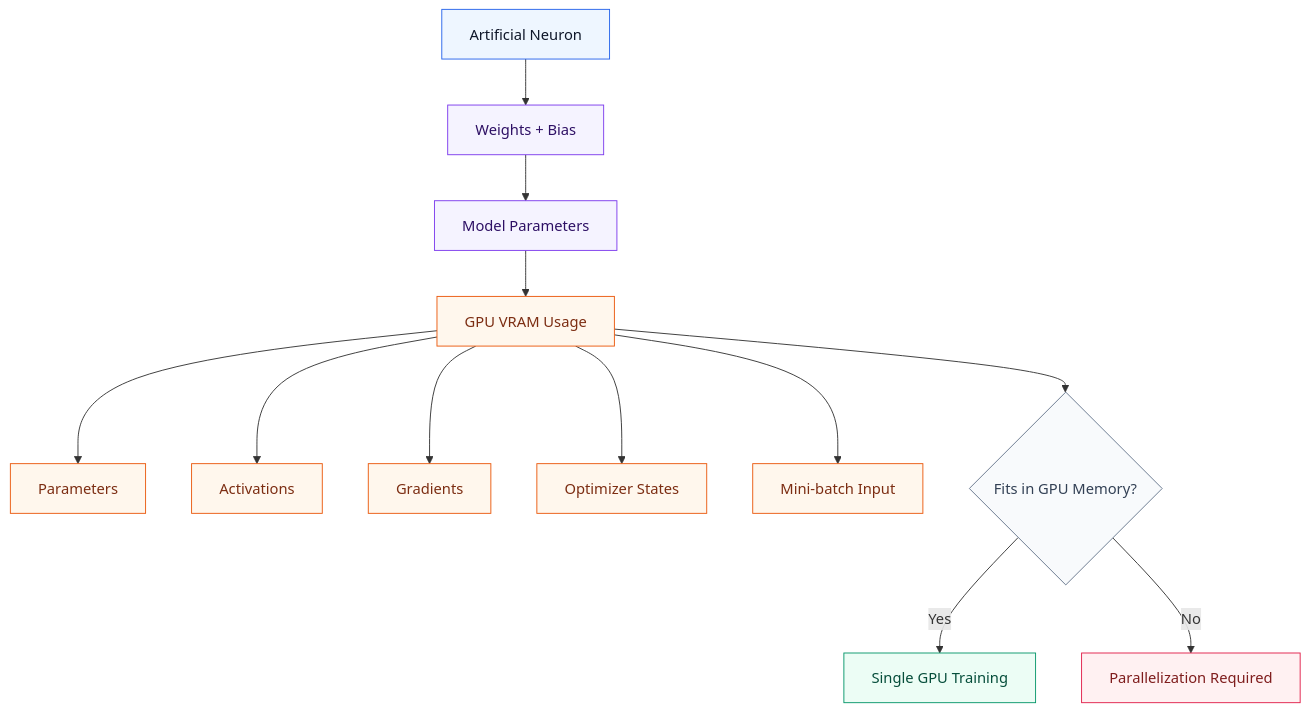
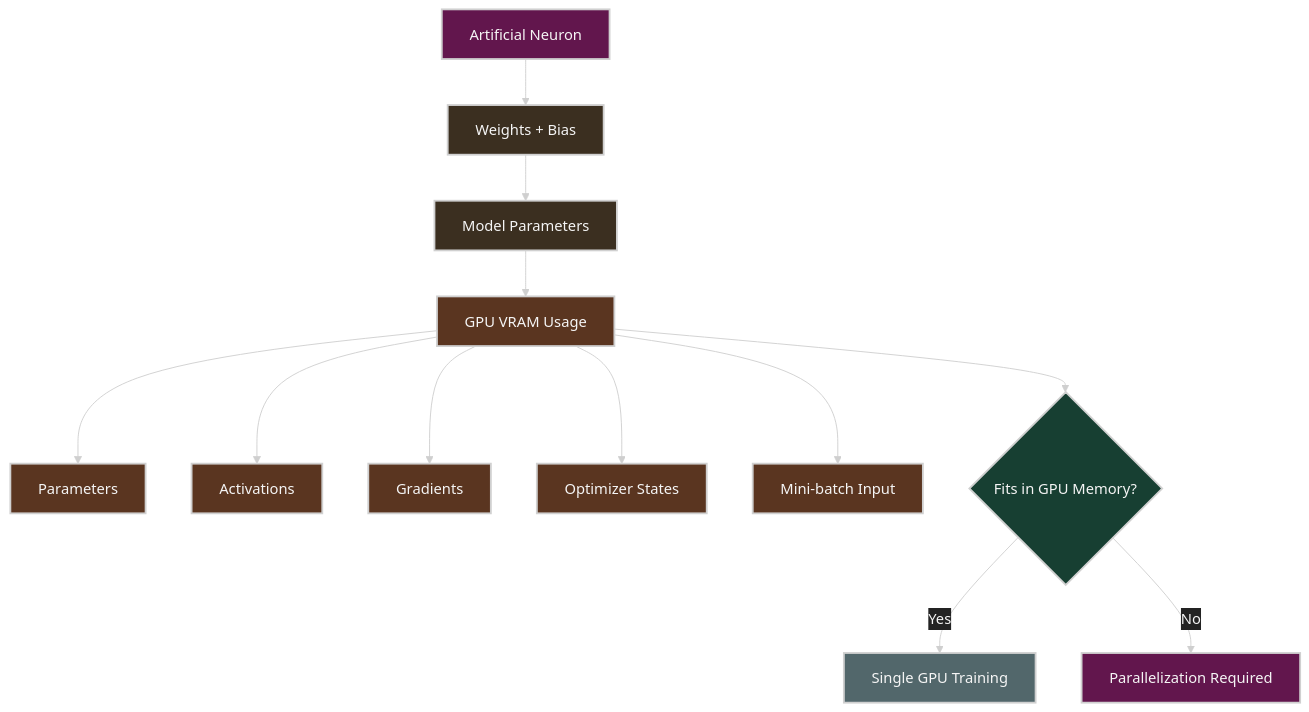
The third of 12 diagrams in deep-learning-for-network-engineers/week01/README.md (ziwon/ai-data-center-network), drawn with Mermaid before and after one commit. The commit also changed other lines of this file and 35 other files, not shown here.

Commit message:
docs(mermaid): apply dark diagram style

````diff
--- a/deep-learning-for-network-engineers/week01/README.md
+++ b/deep-learning-for-network-engineers/week01/README.md
@@ -124,23 +126,24 @@
 ```mermaid
+%%{init: {"theme": "base", "themeVariables": {"background": "#171717", "primaryColor": "#232323", "primaryTextColor": "#f5f5f5", "primaryBorderColor": "#d0d0d0", "lineColor": "#cfcfcf", "fontFamily": "Inter, Arial, sans-serif"}}}%%
 flowchart TB
-    classDef neuron fill:#eef6ff,stroke:#2563eb,color:#0f172a
-    classDef param fill:#f5f3ff,stroke:#7c3aed,color:#2e1065
-    classDef memory fill:#fff7ed,stroke:#ea580c,color:#7c2d12
-    classDef decision fill:#f8fafc,stroke:#64748b,color:#334155
-    classDef compute fill:#ecfdf5,stroke:#059669,color:#064e3b
-    classDef risk fill:#fff1f2,stroke:#e11d48,color:#7f1d1d
+    classDef neuron fill:#62164d,stroke:#d0d0d0,color:#f5f5f5,stroke-width:2px;
+    classDef param fill:#3b2f20,stroke:#d0d0d0,color:#f5f5f5,stroke-width:2px;
+    classDef memory fill:#5a3520,stroke:#d0d0d0,color:#f5f5f5,stroke-width:2px;
+    classDef decision fill:#173f32,stroke:#d0d0d0,color:#f5f5f5,stroke-width:2px;
+    classDef compute fill:#52676b,stroke:#d0d0d0,color:#f5f5f5,stroke-width:2px;
+    classDef risk fill:#62164d,stroke:#d0d0d0,color:#f5f5f5,stroke-width:2px;
 
     A[Artificial Neuron]:::neuron --> B[Weights + Bias]:::param
     B --> C[Model Parameters]:::param
     C --> D[GPU VRAM Usage]:::memory
 
     D --> E[Parameters]:::memory
     D --> F[Activations]:::memory
     D --> G[Gradients]:::memory
     D --> H[Optimizer States]:::memory
     D --> I[Mini-batch Input]:::memory
 
     D --> J{Fits in GPU Memory?}:::decision
     J -- Yes --> K[Single GPU Training]:::compute
     J -- No --> L[Parallelization Required]:::risk
 ```
````
